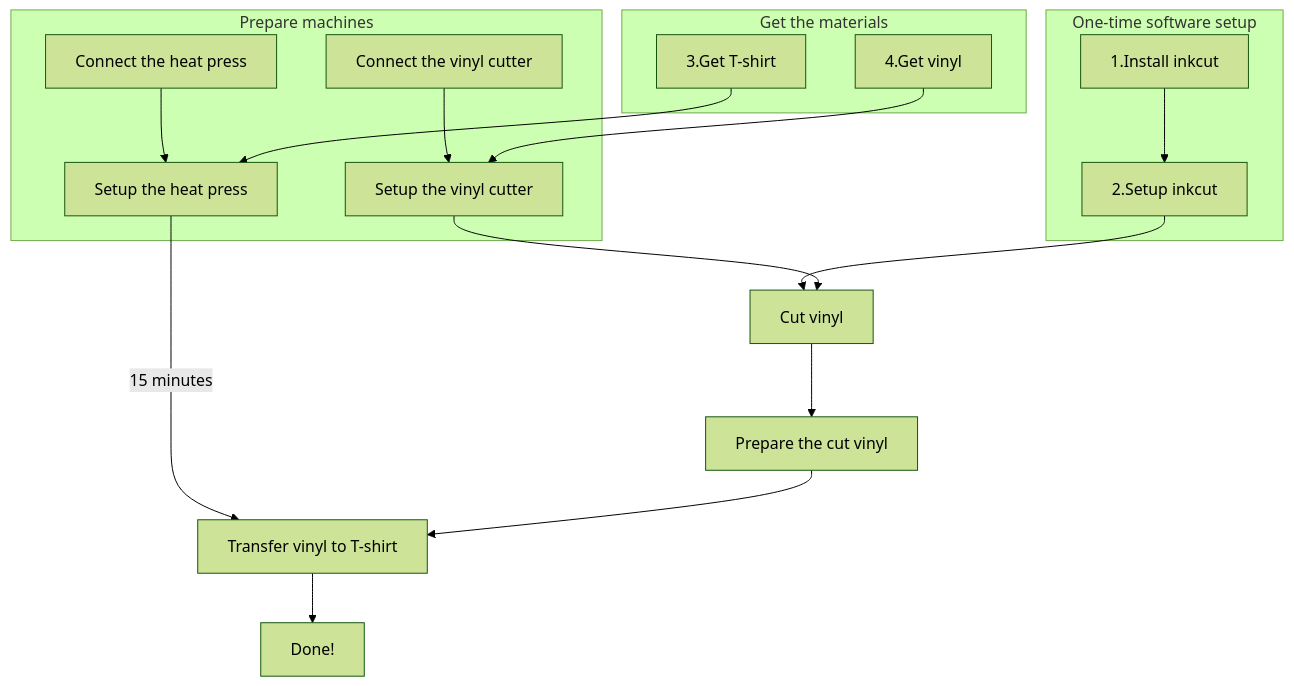
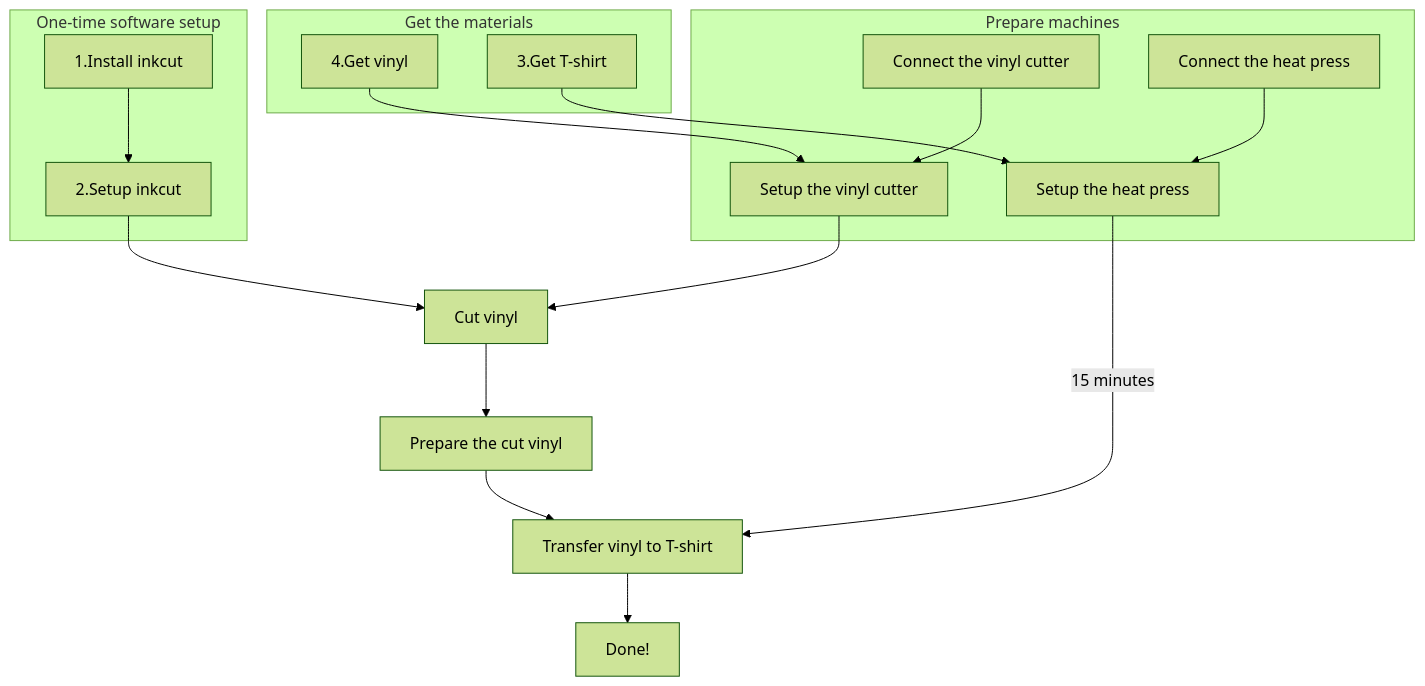
Before and after one commit to uppsala-makerspace/vevor_vinyl_cutter_to_t_shirt_manual: the diagram in README.md, drawn with Mermaid (forest theme). The commit also changed other lines of this file, not shown here.

````diff
--- a/README.md
+++ b/README.md
@@ -14,37 +14,37 @@
 ```mermaid
 flowchart TD
   subgraph get_materials[Get the materials]
+    get_vinyl[4.Get vinyl]
     get_t_shirt[3.Get T-shirt]
-    get_vinyl[4.Get vinyl]
   end
   subgraph prepare_software[One-time software setup]
     install_inkcut[1.Install inkcut]
     setup_inkcut[2.Setup inkcut]
   end
   subgraph prepare_machines[Prepare machines]
     connect_cutter[Connect the vinyl cutter]
     connect_heat_press[Connect the heat press]
     setup_cutter[Setup the vinyl cutter]
     setup_heat_press[Setup the heat press]
   end
   cut[Cut vinyl]
   prepare_cut_vinyl[Prepare the cut vinyl]
   transfer[Transfer vinyl to T-shirt]
   done[Done!]
 
 
   connect_cutter --> setup_cutter
   connect_heat_press --> setup_heat_press
   install_inkcut --> setup_inkcut
   setup_inkcut --> cut
   setup_cutter --> cut
 
   get_vinyl --> setup_cutter
   get_t_shirt --> setup_heat_press
 
   setup_heat_press --> |15 minutes| transfer
   cut --> prepare_cut_vinyl
   prepare_cut_vinyl --> transfer
 
   transfer --> done
 ```
````
